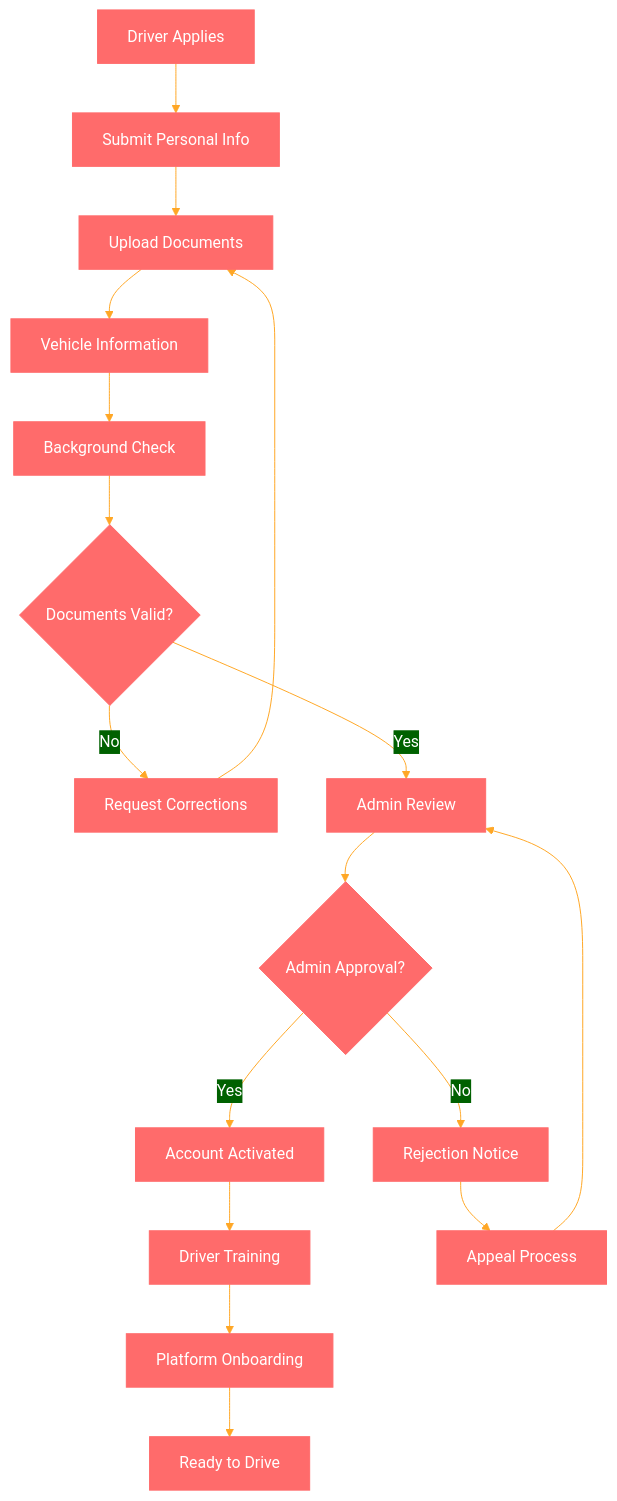
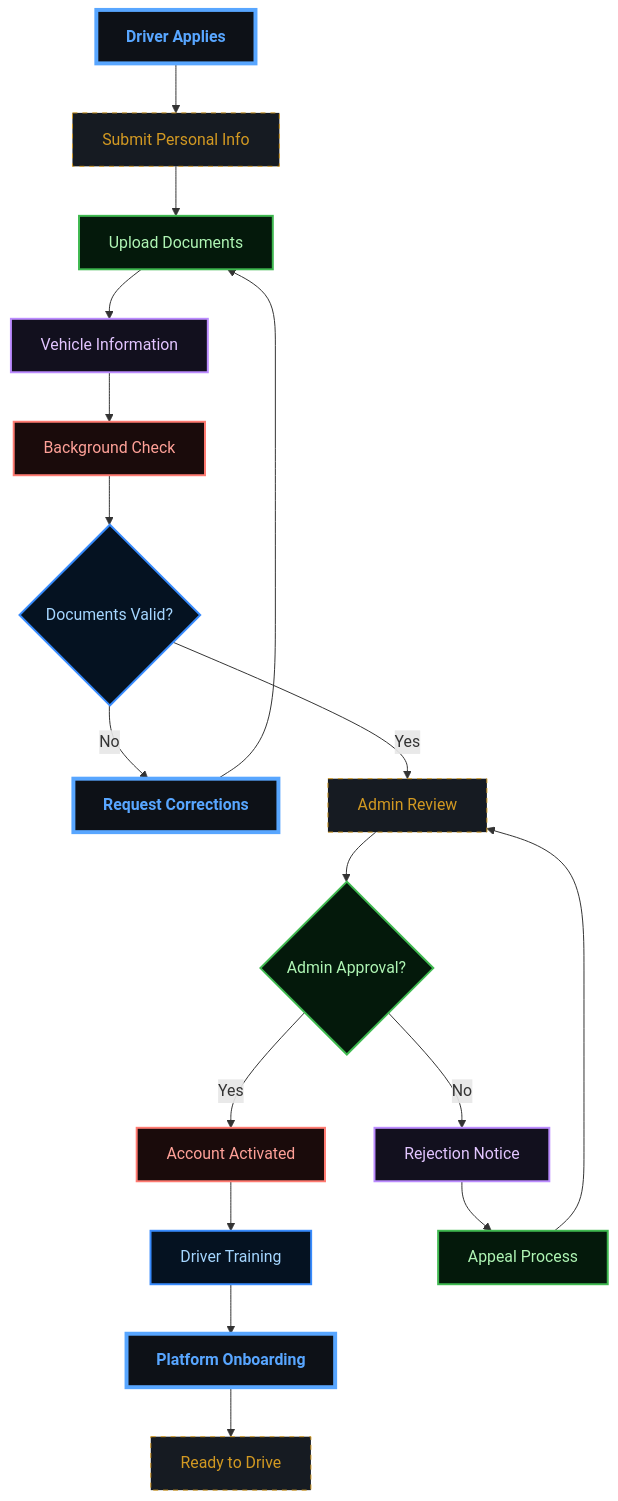
Before and after one commit to abdoElHodaky/transportapp: the sixth of 17 diagrams in docs/BUSINESS_PROCESSES.md, drawn with Mermaid. The commit also changed other lines of this file and 9 other files, not shown here.

````diff
--- a/docs/BUSINESS_PROCESSES.md
+++ b/docs/BUSINESS_PROCESSES.md
@@ -145,24 +302,60 @@
 ```mermaid
-%%{init: {'theme':'base', 'themeVariables': {'primaryColor':'#ff6b6b','primaryTextColor':'#fff','primaryBorderColor':'#ff6b6b','lineColor':'#ffa726','sectionBkgColor':'#ff6b6b','altSectionBkgColor':'#fff','gridColor':'#fff','secondaryColor':'#006100','tertiaryColor':'#fff'}}}%%
 flowchart TD
     A[Driver Applies] --> B[Submit Personal Info]
     B --> C[Upload Documents]
     C --> D[Vehicle Information]
     D --> E[Background Check]
     
     E --> F{Documents Valid?}
     F -->|No| G[Request Corrections]
     G --> C
     F -->|Yes| H[Admin Review]
     
     H --> I{Admin Approval?}
     I -->|No| J[Rejection Notice]
     I -->|Yes| K[Account Activated]
     
     K --> L[Driver Training]
     L --> M[Platform Onboarding]
     M --> N[Ready to Drive]
     
     J --> O[Appeal Process]
     O --> H
+
+    %% --- DARK GRADIENT & GLOW STYLING ---
+    
+    %% Main Dashboard (Neon Cyan/Blue)
+    classDef main fill:#0d1117,stroke:#58a6ff,stroke-width:4px,color:#58a6ff,font-weight:bold;
+    
+    %% Decision Diamond (Gold Glow)
+    classDef decision fill:#161b22,stroke:#d29922,color:#d29922,stroke-dasharray: 5 5;
+    
+    %% Revenue (Emerald Gradient Style)
+    classDef revNode fill:#04190b,stroke:#3fb950,color:#aff5b4,stroke-width:2px;
+    
+    %% Commission (Purple Gradient Style)
+    classDef commNode fill:#12101e,stroke:#bc8cff,color:#e2c5ff,stroke-width:2px;
+    
+    %% Refund (Ruby Gradient Style)
+    classDef refNode fill:#1a0b0b,stroke:#ff7b72,color:#ffa198,stroke-width:2px;
+    
+    %% Earnings (Sapphire Gradient Style)
+    classDef earnNode fill:#051221,stroke:#388bfd,color:#a5d6ff,stroke-width:2px;
+
+    class A main;
+    class B decision;
+    class C revNode;
+    class D commNode;
+    class E refNode;
+    class F earnNode;
+    class G main;
+    class H decision;
+    class I revNode;
+    class J commNode;
+    class K refNode;
+    class L earnNode;
+    class M main;
+    class N decision;
+    class O revNode;
+    class Y commNode;
 ```
````
